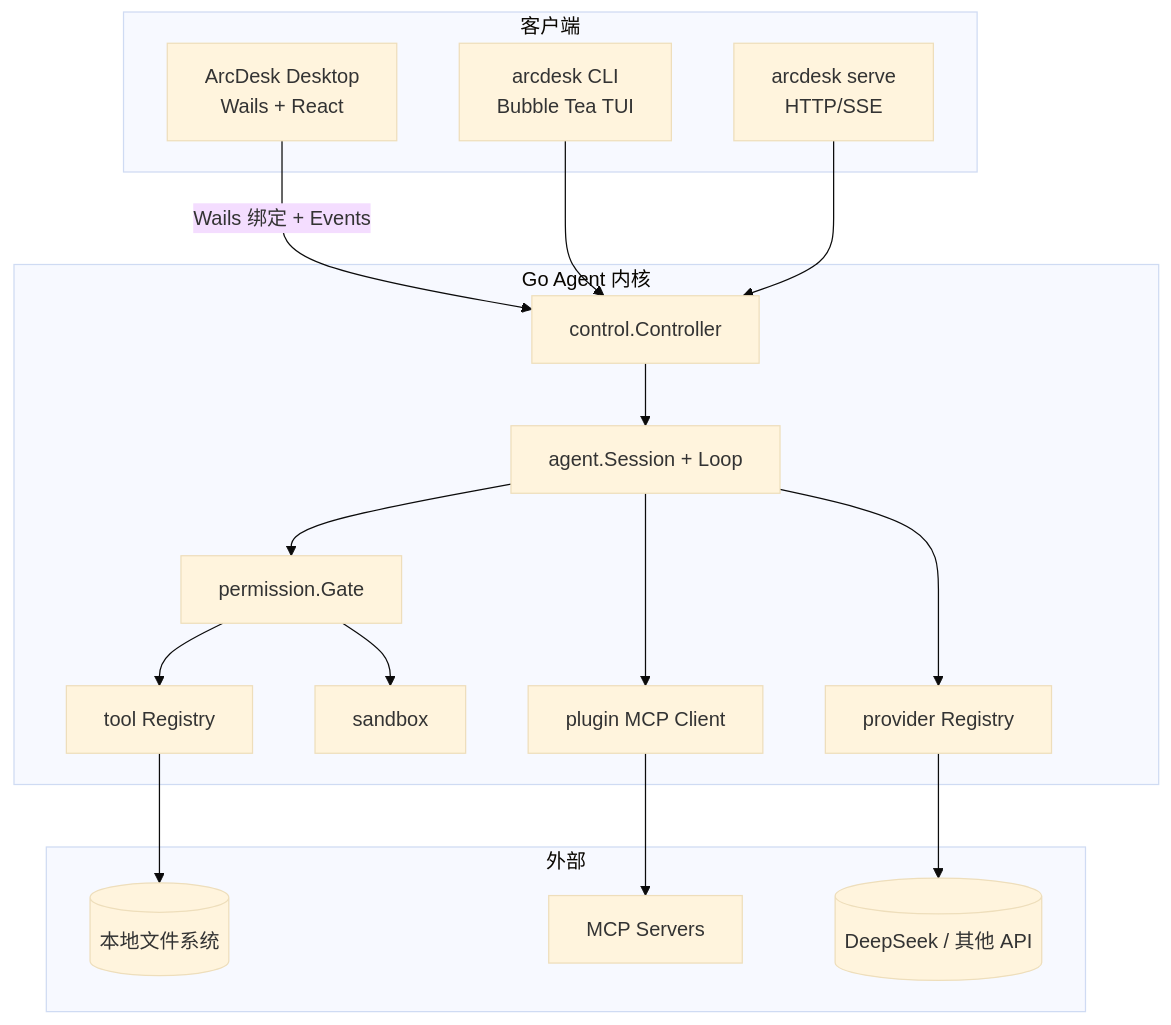
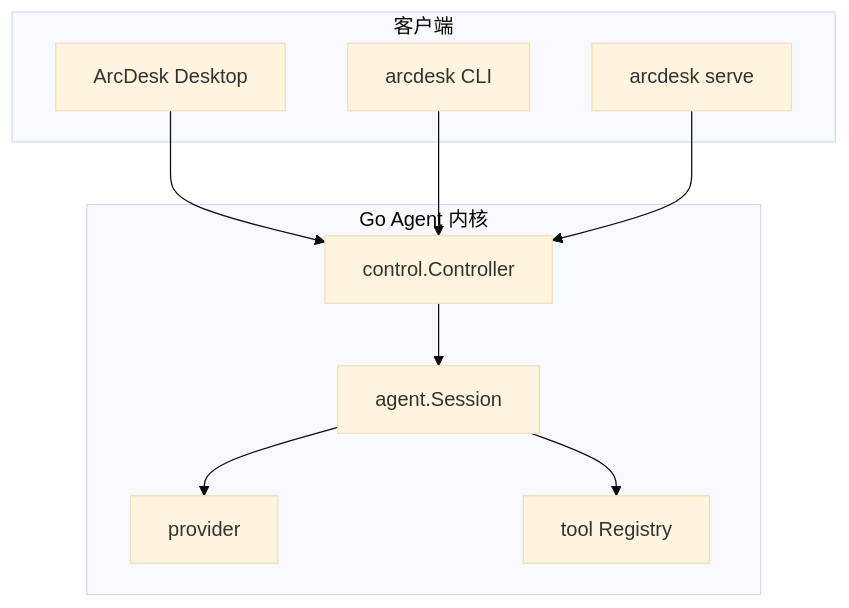
One commit to P1ouson/deepseek-ArcDesk changed the diagram in README.md. Above: the diagram before and after it, drawn with Mermaid (base theme). The commit also changed other lines of this file and 103 other files, not shown here.

````diff
--- a/README.md
+++ b/README.md
@@ -467,36 +271,20 @@
 ```mermaid
 flowchart TB
   subgraph clients [客户端]
-    D[ArcDesk Desktop<br/>Wails + React]
-    C[arcdesk CLI<br/>Bubble Tea TUI]
-    H[arcdesk serve<br/>HTTP/SSE]
+    D[ArcDesk Desktop]
+    C[arcdesk CLI]
+    H[arcdesk serve]
   end
-
   subgraph kernel [Go Agent 内核]
     CTRL[control.Controller]
-    AGENT[agent.Session + Loop]
-    PERM[permission.Gate]
-    SB[sandbox]
-    MCP[plugin MCP Client]
-    PROV[provider Registry]
+    AGENT[agent.Session]
+    PROV[provider]
     TOOL[tool Registry]
   end
-
-  subgraph external [外部]
-    DS[(DeepSeek / 其他 API)]
-    MCPsrv[MCP Servers]
-    FS[(本地文件系统)]
-  end
-
-  D -->|Wails 绑定 + Events| CTRL
+  D --> CTRL
   C --> CTRL
   H --> CTRL
   CTRL --> AGENT
-  AGENT --> PERM --> TOOL
-  AGENT --> MCP
   AGENT --> PROV
-  TOOL --> FS
-  MCP --> MCPsrv
-  PROV --> DS
-  PERM --> SB
+  AGENT --> TOOL
 ```
````
